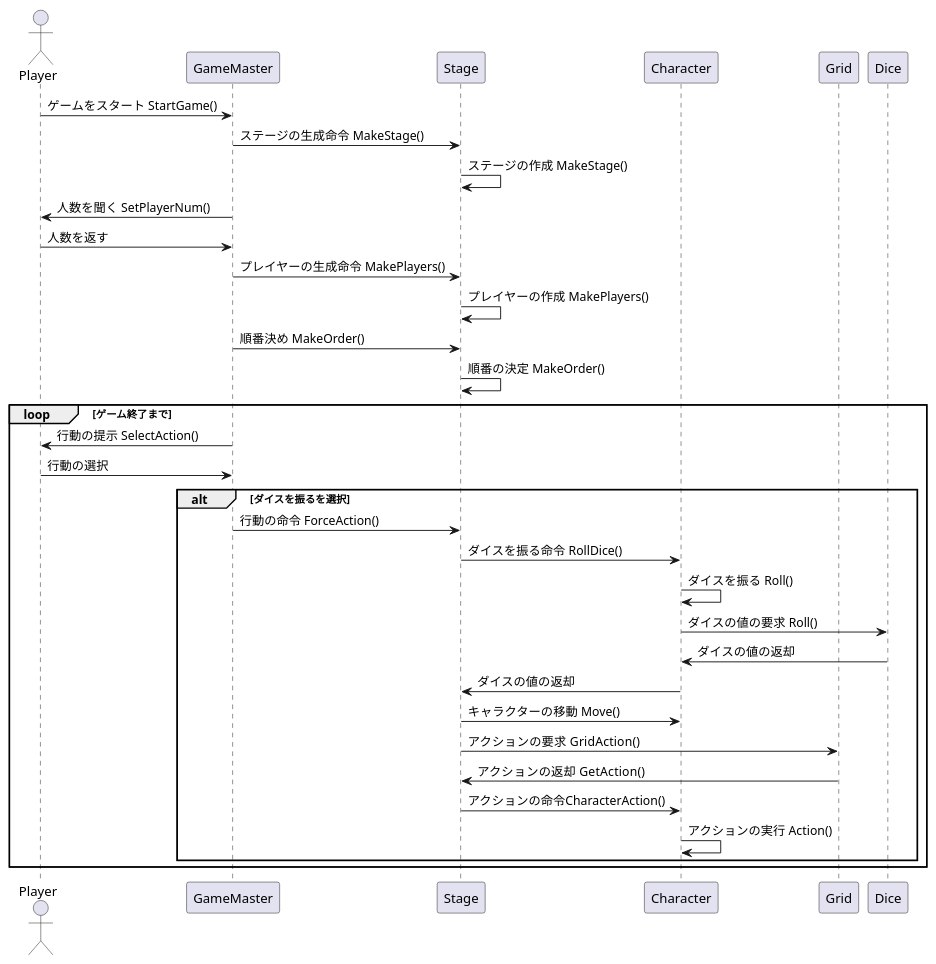
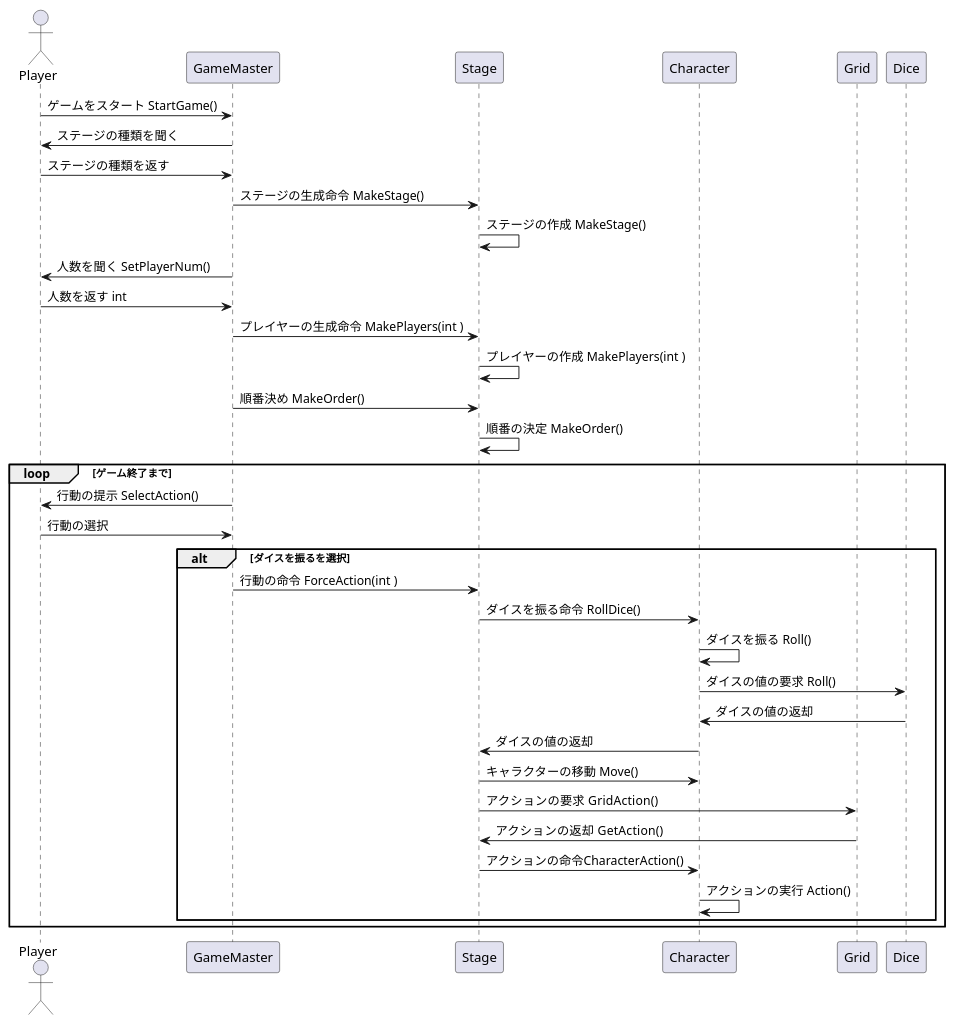
One commit to Hikaru-Tokuzato/-project changed the diagram in すごろくproject/Assets/sugoroku.puml. Above: the diagram before and after it, drawn with PlantUML. The commit also changed 2 other files, not shown here.

```diff
--- a/すごろくproject/Assets/sugoroku.puml
+++ b/すごろくproject/Assets/sugoroku.puml
@@ -1,40 +1,37 @@
 @startuml
 actor Player
 participant GameMaster
 participant Stage
 participant Character
 participant Grid
 participant Dice
 
 Player -> GameMaster : ゲームをスタート StartGame()
+GameMaster -> Player: ステージの種類を聞く
+Player -> GameMaster: ステージの種類を返す
 GameMaster -> Stage : ステージの生成命令 MakeStage()
 Stage -> Stage : ステージの作成 MakeStage()
 GameMaster -> Player : 人数を聞く SetPlayerNum()
-Player -> GameMaster : 人数を返す
-GameMaster -> Stage : プレイヤーの生成命令 MakePlayers()
-Stage -> Stage : プレイヤーの作成 MakePlayers()
+Player -> GameMaster : 人数を返す int
+GameMaster -> Stage : プレイヤーの生成命令 MakePlayers(int )
+Stage -> Stage : プレイヤーの作成 MakePlayers(int )
 GameMaster -> Stage : 順番決め MakeOrder()
 Stage -> Stage : 順番の決定 MakeOrder()
 loop ゲーム終了まで
     GameMaster -> Player : 行動の提示 SelectAction()
     Player -> GameMaster : 行動の選択
     alt ダイスを振るを選択
-        GameMaster -> Stage : 行動の命令 ForceAction() 
+        GameMaster -> Stage : 行動の命令 ForceAction(int ) 
         Stage -> Character : ダイスを振る命令 RollDice()
         Character -> Character : ダイスを振る Roll()
         Character -> Dice : ダイスの値の要求 Roll()
         Dice -> Character : ダイスの値の返却
         Character -> Stage : ダイスの値の返却
         Stage -> Character : キャラクターの移動 Move()
         Stage -> Grid : アクションの要求  GridAction()
         Grid -> Stage : アクションの返却  GetAction()
         Stage -> Character : アクションの命令CharacterAction()
         Character -> Character : アクションの実行 Action()
     end
 end
-
-
-
-
-
 @enduml
```
